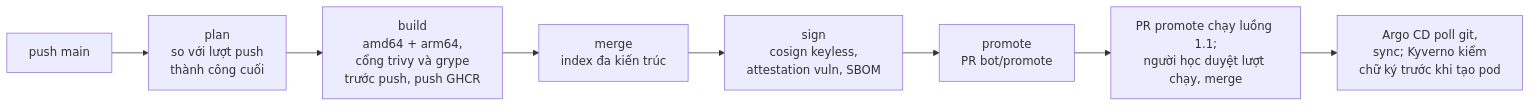
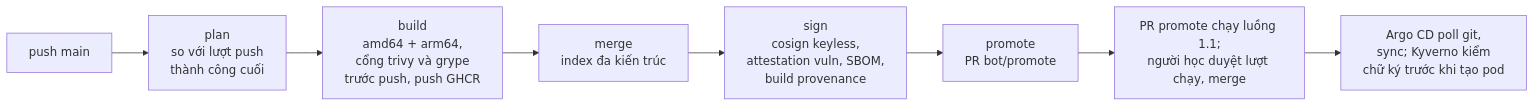
One commit to anhnvcoder/short-video-platform changed the second of 4 diagrams in docs/ci-cd.md. Above: the diagram before and after it, drawn with Mermaid. The commit also changed other lines of this file and 77 other files, not shown here.

````diff
--- a/docs/ci-cd.md
+++ b/docs/ci-cd.md
@@ -64,12 +64,12 @@
 ```mermaid
 flowchart LR
     push["push main"]
     plan["plan<br/>so với lượt push<br/>thành công cuối"]
     build["build<br/>amd64 + arm64,<br/>cổng trivy và grype<br/>trước push, push GHCR"]
     merge["merge<br/>index đa kiến trúc"]
-    sign["sign<br/>cosign keyless,<br/>attestation vuln, SBOM"]
+    sign["sign<br/>cosign keyless,<br/>attestation vuln, SBOM,<br/>build provenance"]
     promote["promote<br/>PR bot/promote"]
     review["PR promote chạy luồng 1.1;<br/>người học duyệt lượt chạy, merge"]
     argo["Argo CD poll git,<br/>sync; Kyverno kiểm<br/>chữ ký trước khi tạo pod"]
     push --> plan --> build --> merge --> sign --> promote --> review --> argo
 ```
````
